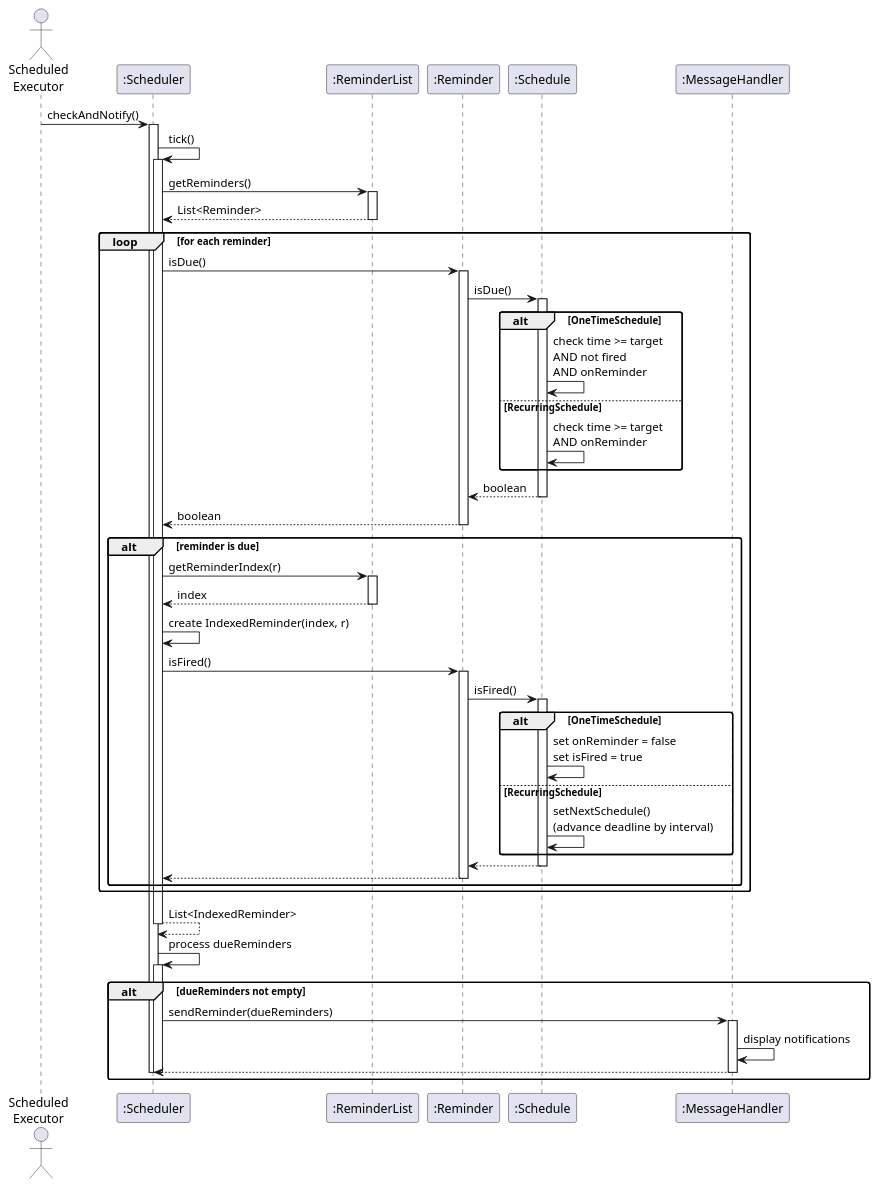
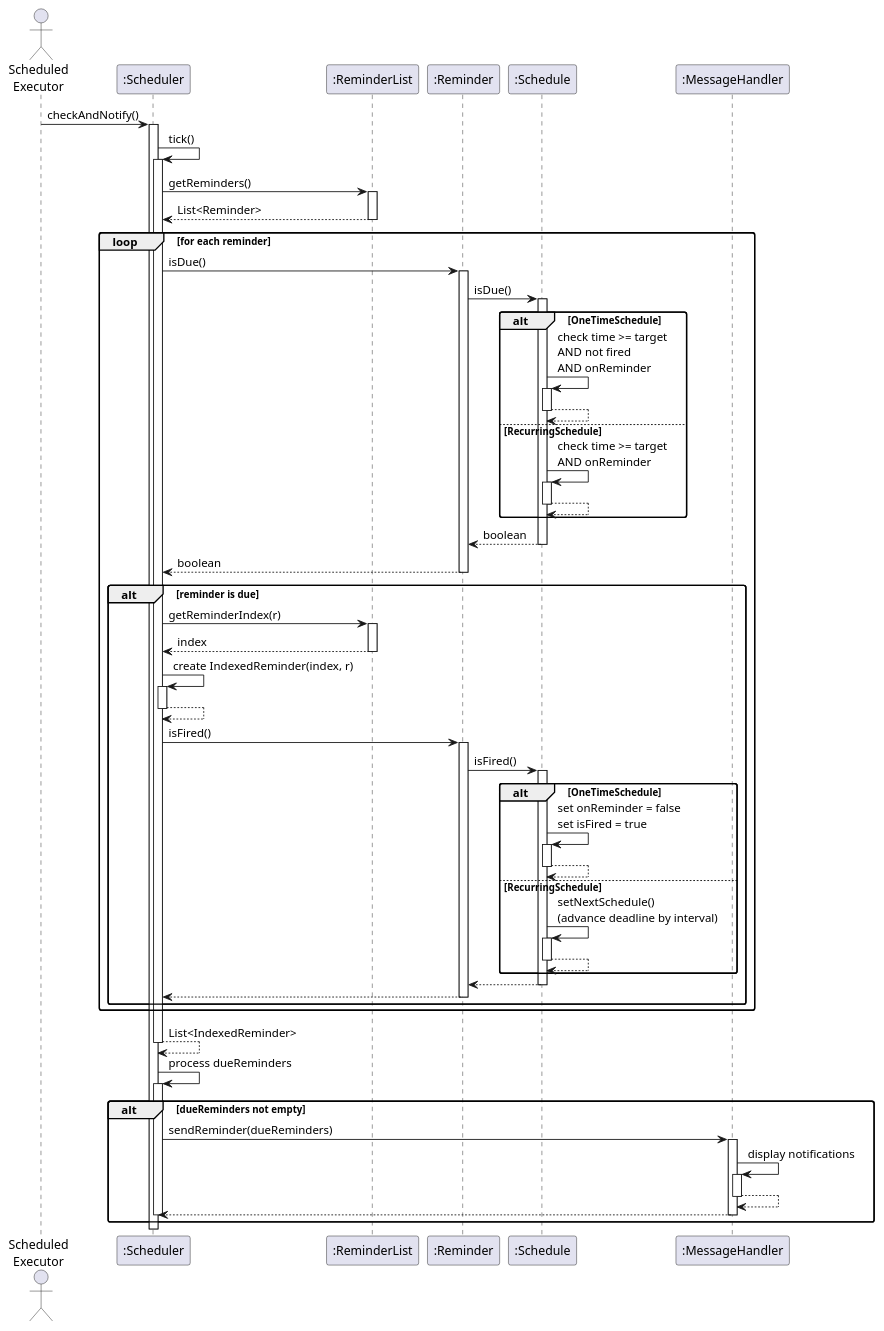
One commit to chongyaoo/tp changed the diagram in docs/plantuml/ReminderCheckSequence.puml. Above: the diagram before and after it, drawn with PlantUML. The commit also changed 5 other files, not shown here.

Commit message:
Updated UML sequence diagrams to include outer activation bars for method calls

```diff
--- a/docs/plantuml/ReminderCheckSequence.puml
+++ b/docs/plantuml/ReminderCheckSequence.puml
@@ -1,77 +1,94 @@
 @startuml ReminderCheckSequence
 ' Sequence diagram for scheduler checking reminders
 skinparam roundcorner 5
 
 actor ScheduledExecutor as "Scheduled\nExecutor"
 participant ":Scheduler" as Scheduler
 participant ":ReminderList" as ReminderList
 participant ":Reminder" as Reminder
 participant ":Schedule" as Schedule
 participant ":MessageHandler" as MessageHandler
 
 ScheduledExecutor -> Scheduler : checkAndNotify()
 activate Scheduler
 
 Scheduler -> Scheduler : tick()
 activate Scheduler
 
 Scheduler -> ReminderList : getReminders()
 activate ReminderList
 return List<Reminder>
 
 loop for each reminder
   Scheduler -> Reminder : isDue()
   activate Reminder
 
   Reminder -> Schedule : isDue()
   activate Schedule
 
   alt OneTimeSchedule
     Schedule -> Schedule : check time >= target\nAND not fired\nAND onReminder
+    activate Schedule
+    Schedule --> Schedule
+    deactivate Schedule
   else RecurringSchedule
     Schedule -> Schedule : check time >= target\nAND onReminder
+    activate Schedule
+    Schedule --> Schedule
+    deactivate Schedule
   end
 
   return boolean
   return boolean
 
   alt reminder is due
     Scheduler -> ReminderList : getReminderIndex(r)
     activate ReminderList
     return index
 
     Scheduler -> Scheduler : create IndexedReminder(index, r)
+    activate Scheduler
+    Scheduler --> Scheduler
+    deactivate Scheduler
 
     Scheduler -> Reminder : isFired()
     activate Reminder
 
     Reminder -> Schedule : isFired()
     activate Schedule
 
     alt OneTimeSchedule
       Schedule -> Schedule : set onReminder = false\nset isFired = true
+      activate Schedule
+      Schedule --> Schedule
+      deactivate Schedule
     else RecurringSchedule
       Schedule -> Schedule : setNextSchedule()\n(advance deadline by interval)
+      activate Schedule
+      Schedule --> Schedule
+      deactivate Schedule
     end
 
     return
     return
   end
 end
 
 Scheduler --> Scheduler : List<IndexedReminder>
 deactivate Scheduler
 
 Scheduler -> Scheduler : process dueReminders
 activate Scheduler
 
 alt dueReminders not empty
   Scheduler -> MessageHandler : sendReminder(dueReminders)
   activate MessageHandler
   MessageHandler -> MessageHandler : display notifications
+  activate MessageHandler
+  MessageHandler --> MessageHandler
+  deactivate MessageHandler
   return
-  deactivate
   deactivate
 end
 
 @enduml
```
